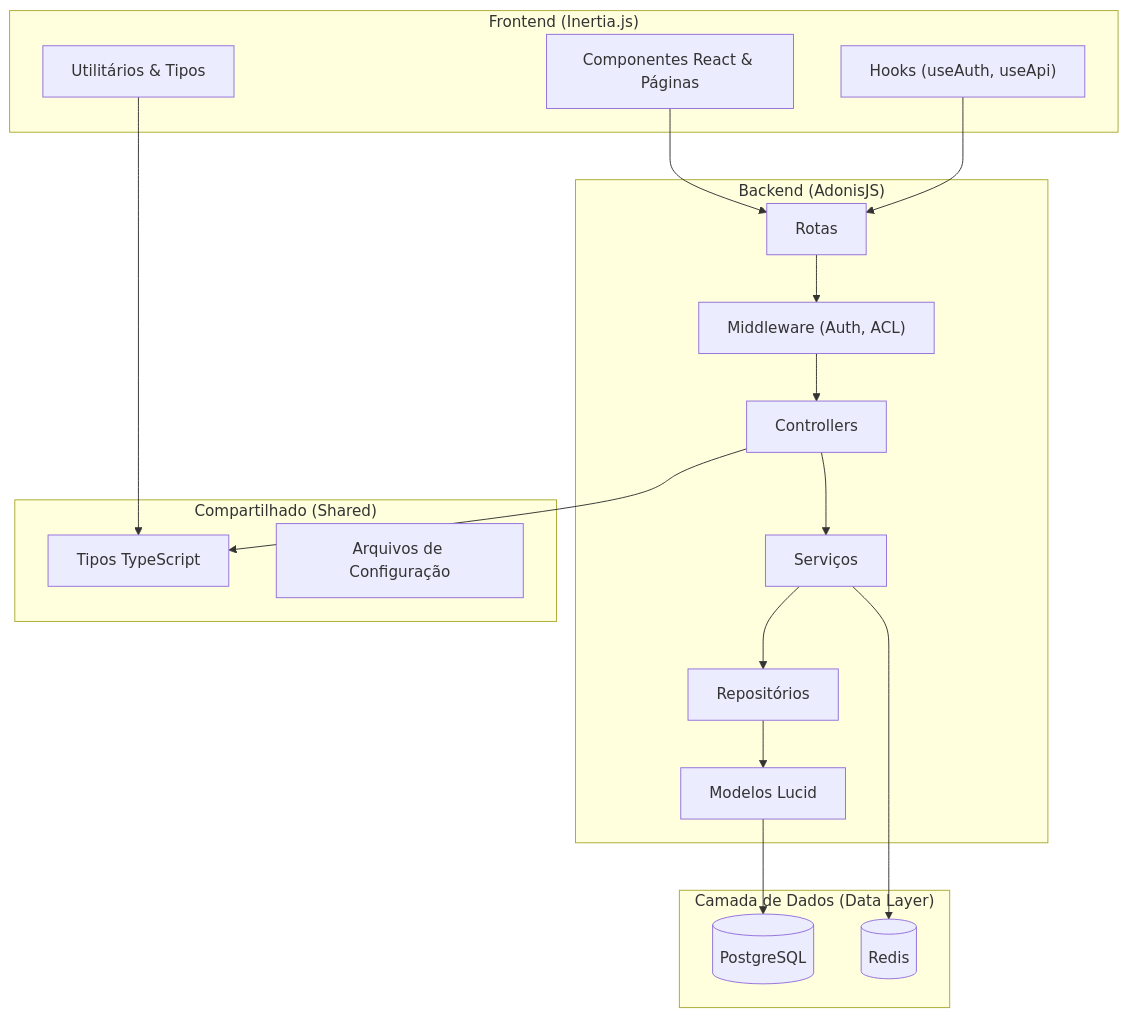
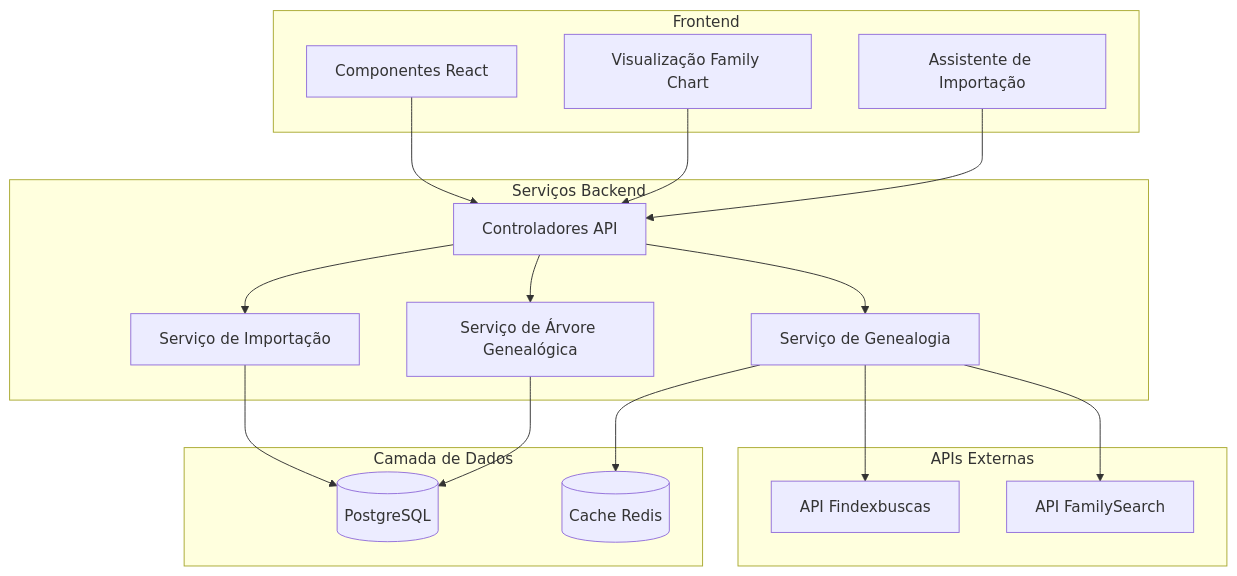
Before and after one commit to gabrielmaialva33/genscan: the diagram in README-pt.md, drawn with Mermaid. The commit also changed other lines of this file and 3 other files, not shown here.

````diff
--- a/README-pt.md
+++ b/README-pt.md
@@ -42,41 +36,40 @@
 ```mermaid
 graph TD
-    subgraph "Frontend (Inertia.js)"
-        FE_UI[Componentes React & Páginas]
-        FE_HOOKS["Hooks (useAuth, useApi)"]
-        FE_UTILS[Utilitários & Tipos]
+    subgraph "Frontend"
+        UI[Componentes React]
+        FC[Visualização Family Chart]
+        IMPORT[Assistente de Importação]
     end
 
-    subgraph "Backend (AdonisJS)"
-        BE_ROUTES[Rotas]
-        BE_MW["Middleware (Auth, ACL)"]
-        BE_CTRL[Controllers]
-        BE_SERVICES[Serviços]
-        BE_REPOS[Repositórios]
-        BE_MODELS[Modelos Lucid]
+    subgraph "Serviços Backend"
+        API[Controladores API]
+        GEN[Serviço de Genealogia]
+        IMPORT_SVC[Serviço de Importação]
+        TREE_SVC[Serviço de Árvore Genealógica]
     end
 
-    subgraph "Compartilhado (Shared)"
-        SHARED_TYPES[Tipos TypeScript]
-        SHARED_CONFIG[Arquivos de Configuração]
+    subgraph "APIs Externas"
+        FINDEX[API Findexbuscas]
+        FUTURE[API FamilySearch]
     end
 
-    subgraph "Camada de Dados (Data Layer)"
+    subgraph "Camada de Dados"
         DB[(PostgreSQL)]
-        CACHE[(Redis)]
+        CACHE[(Cache Redis)]
     end
 
-    FE_UI --> BE_ROUTES
-    BE_ROUTES --> BE_MW
-    BE_MW --> BE_CTRL
-    BE_CTRL --> BE_SERVICES
-    BE_SERVICES --> BE_REPOS
-    BE_REPOS --> BE_MODELS
-    BE_MODELS --> DB
-
-    BE_SERVICES --> CACHE
-    FE_HOOKS --> BE_ROUTES
-
-    FE_UTILS --> SHARED_TYPES
-    BE_CTRL --> SHARED_TYPES
+    UI --> API
+    FC --> API
+    IMPORT --> API
+    
+    API --> GEN
+    API --> IMPORT_SVC
+    API --> TREE_SVC
+    
+    GEN --> FINDEX
+    GEN --> FUTURE
+    
+    IMPORT_SVC --> DB
+    TREE_SVC --> DB
+    GEN --> CACHE
 ```
````
